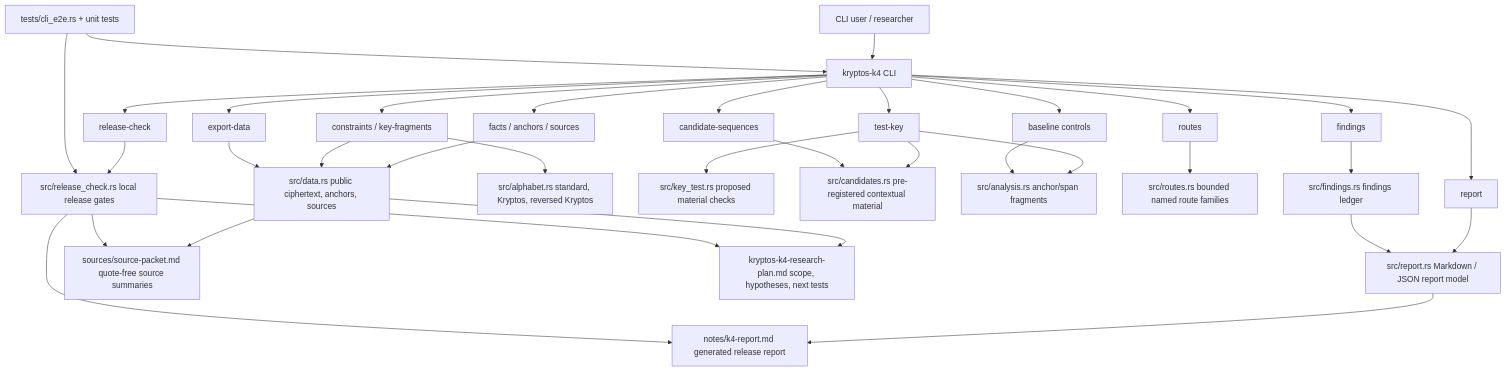
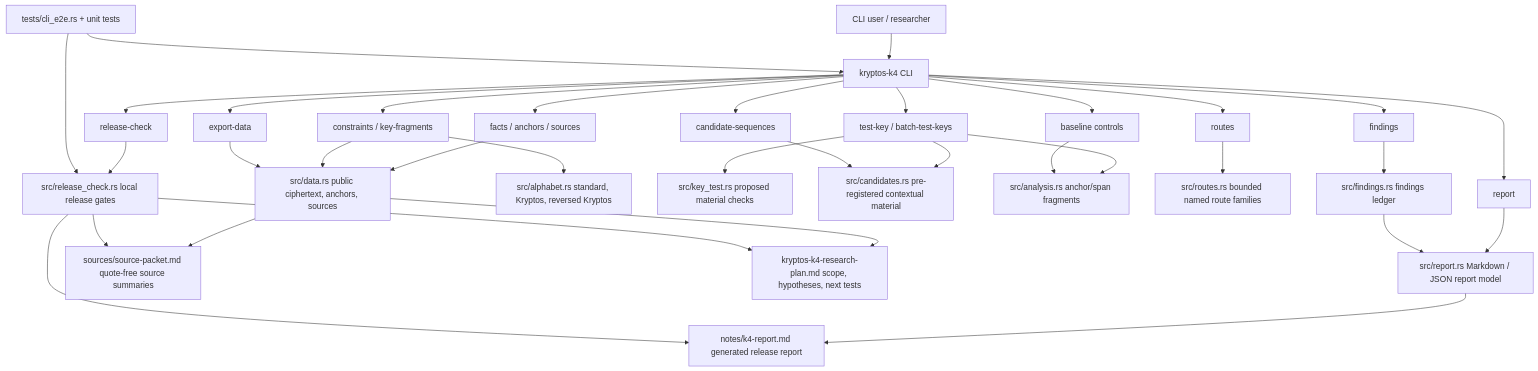
Before and after one commit to malak333/kryptos-k4: the diagram in docs/architecture-current.md, drawn with Mermaid. The commit also changed other lines of this file and 11 other files, not shown here.

Commit message:
Add batch key material runner

````diff
--- a/docs/architecture-current.md
+++ b/docs/architecture-current.md
@@ -7,40 +7,40 @@
 ```mermaid
 flowchart TD
     User["CLI user / researcher"] --> Cli["kryptos-k4 CLI"]
 
     Cli --> Facts["facts / anchors / sources"]
     Cli --> Constraints["constraints / key-fragments"]
-    Cli --> KeyTest["test-key"]
+    Cli --> KeyTest["test-key / batch-test-keys"]
     Cli --> Baseline["baseline controls"]
     Cli --> Candidates["candidate-sequences"]
     Cli --> Routes["routes"]
     Cli --> Findings["findings"]
     Cli --> Report["report"]
     Cli --> Export["export-data"]
     Cli --> Release["release-check"]
 
     Facts --> Data["src/data.rs public ciphertext, anchors, sources"]
     Constraints --> Data
     Constraints --> Alphabets["src/alphabet.rs standard, Kryptos, reversed Kryptos"]
     KeyTest --> KeyTestModel["src/key_test.rs proposed material checks"]
     KeyTest --> CandidateModel["src/candidates.rs transforms"]
     KeyTest --> Analysis["src/analysis.rs anchor/span fragments"]
     Baseline --> Analysis["src/analysis.rs anchor/span fragments"]
     Candidates --> CandidateModel["src/candidates.rs pre-registered contextual material"]
     Routes --> RouteModel["src/routes.rs bounded named route families"]
     Findings --> FindingsModel["src/findings.rs findings ledger"]
     Report --> ReportModel["src/report.rs Markdown / JSON report model"]
     Export --> Data
     Release --> ReleaseModel["src/release_check.rs local release gates"]
 
     Data --> SourcePacket["sources/source-packet.md quote-free source summaries"]
     Data --> ResearchPlan["kryptos-k4-research-plan.md scope, hypotheses, next tests"]
     ReportModel --> GeneratedReport["notes/k4-report.md generated release report"]
     FindingsModel --> ReportModel
     ReleaseModel --> GeneratedReport
     ReleaseModel --> SourcePacket
     ReleaseModel --> ResearchPlan
 
     Tests["tests/cli_e2e.rs + unit tests"] --> Cli
     Tests --> ReleaseModel
 ```
````
